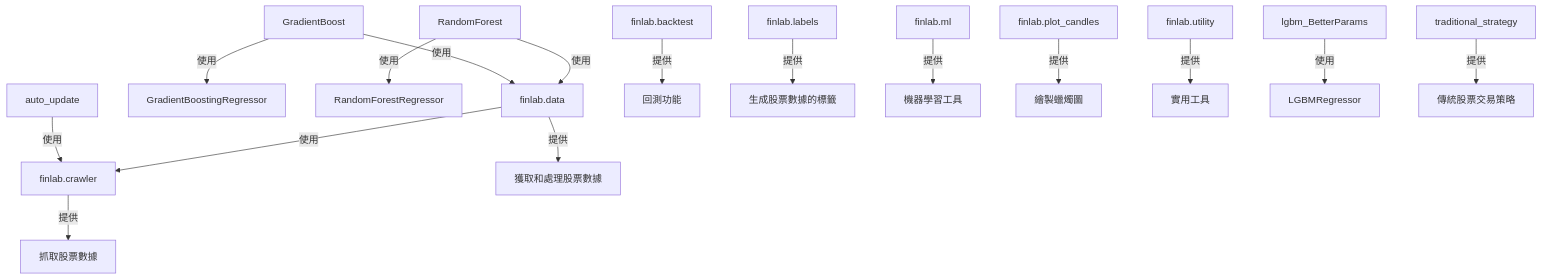
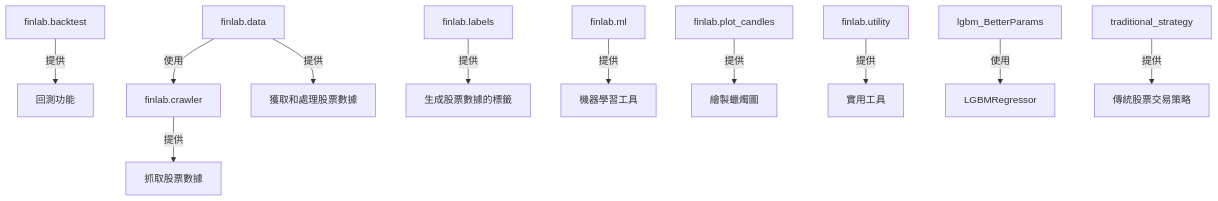
One commit to balaboom123/Taiwan_Stock_Predictor changed the fifth of 5 diagrams in README.md. Above: the diagram before and after it, drawn with Mermaid. The commit also changed other lines of this file, not shown here.

````diff
--- a/README.md
+++ b/README.md
@@ -46,18 +53,13 @@
 ```mermaid
 graph TD
-    GradientBoost -->|使用| finlab.data
-    GradientBoost -->|使用| GradientBoostingRegressor
-    RandomForest -->|使用| finlab.data
-    RandomForest -->|使用| RandomForestRegressor
-    auto_update -->|使用| finlab.crawler
     finlab.backtest -->|提供| 回測功能
     finlab.crawler -->|提供| 抓取股票數據
     finlab.data -->|使用| finlab.crawler
     finlab.data -->|提供| 獲取和處理股票數據
     finlab.labels -->|提供| 生成股票數據的標籤
     finlab.ml -->|提供| 機器學習工具
     finlab.plot_candles -->|提供| 繪製蠟燭圖
     finlab.utility -->|提供| 實用工具
     lgbm_BetterParams -->|使用| LGBMRegressor
     traditional_strategy -->|提供| 傳統股票交易策略
 ```
````
